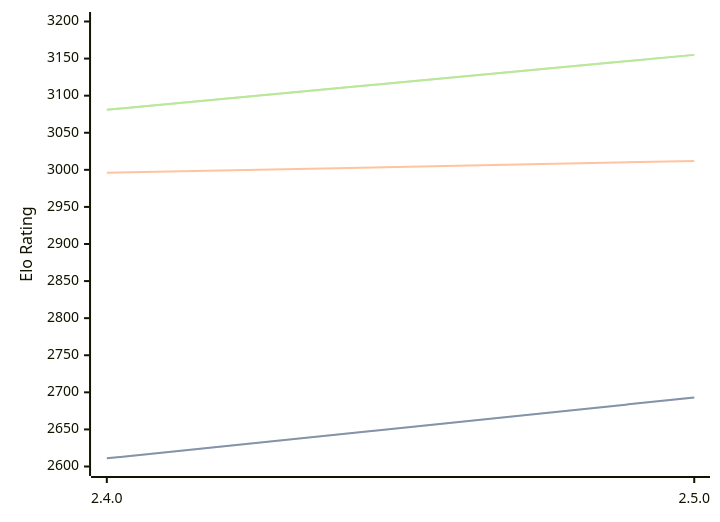
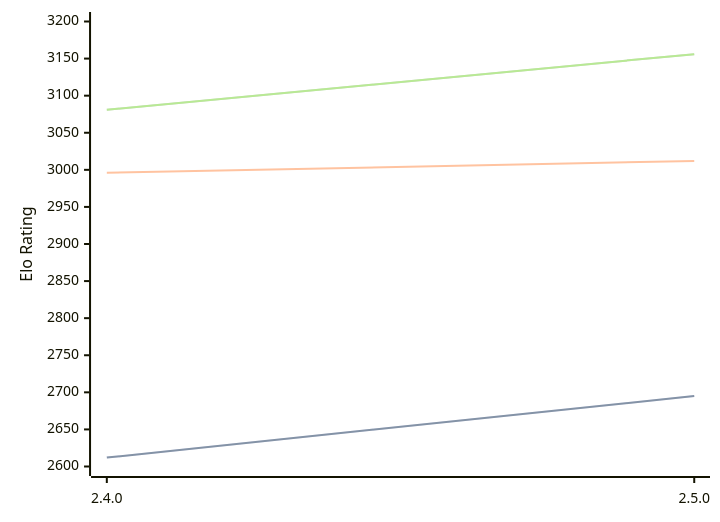
The third of 3 diagrams in engines/Sturddle2.md (computer-chess-index/cci), drawn with Mermaid before and after one commit. The commit also changed other lines of this file, not shown here.

Commit message:
Update CCI Ratings (ELO VLTC) - 2026-07-12

````diff
--- a/engines/Sturddle2.md
+++ b/engines/Sturddle2.md
@@ -70,11 +70,11 @@
 ```mermaid
 %%{init: {"theme":"base","themeVariables":{"seriesColors:['#a3a3a3','#222221','#faa371']}}}%%
 xychart-beta
   x-axis ["2.4.0", "2.5.0"]
   y-axis "Elo Rating" 2600 --> 3200
-  line "STC (8.0+0.08s)" [2611, 2693]
-  line "STC (8.0+0.08s)" [2611, 2693]
+  line "STC (8.0+0.08s)" [2612, 2695]
+  line "STC (8.0+0.08s)" [2612, 2695]
   line "LTC (60.0+0.60s)" [2996, 3012]
-  line "VLTC (2m24s+1.12s)" [3081, 3155]
-  line "VLTC (2m24s+1.12s)" [3081, 3155]
+  line "VLTC (2m24s+1.12s)" [3081, 3156]
+  line "VLTC (2m24s+1.12s)" [3081, 3156]
 ```
````
